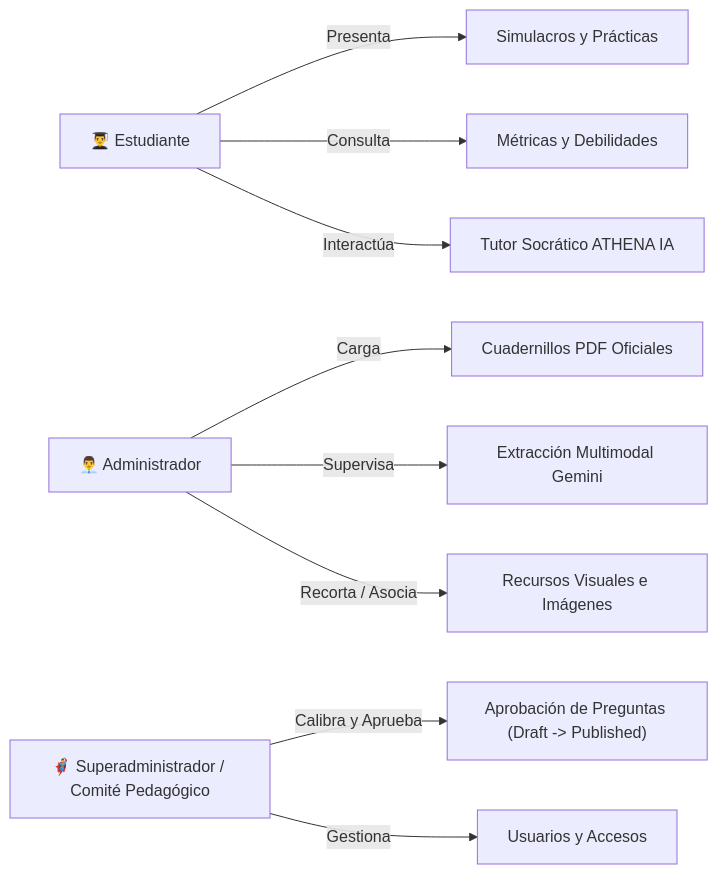
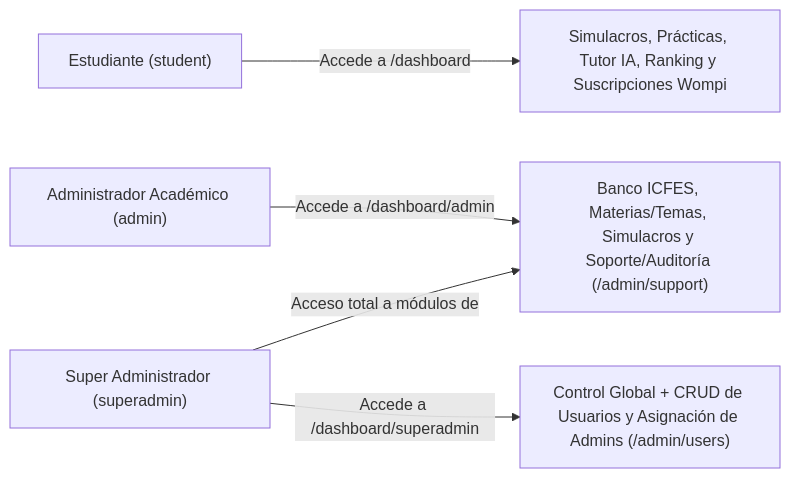
One commit to isabel-viviana/proyecto-ATHENA changed the diagram in DOCUMENTACION_MAESTRA_ATHENA.md. Above: the diagram before and after it, drawn with Mermaid. The commit also changed other lines of this file and 257 other files, not shown here.

````diff
--- a/DOCUMENTACION_MAESTRA_ATHENA.md
+++ b/DOCUMENTACION_MAESTRA_ATHENA.md
@@ -129,17 +130,13 @@
 ```mermaid
 flowchart LR
-    Estudiante["👨‍🎓 Estudiante"]
-    Admin["👨‍💼 Administrador"]
-    SuperAdmin["🦸‍♂️ Superadministrador / Comité Pedagógico"]
+    Student["Estudiante (student)"]
+    Admin["Administrador Académico (admin)"]
+    SuperAdmin["Super Administrador (superadmin)"]
 
-    Estudiante -->|Presenta| Simulacro["Simulacros y Prácticas"]
-    Estudiante -->|Consulta| Stats["Métricas y Debilidades"]
-    Estudiante -->|Interactúa| Tutor["Tutor Socrático ATHENA IA"]
+    Student -->|Accede a /dashboard| StudentApp["Simulacros, Prácticas, Tutor IA, Ranking y Suscripciones Wompi"]
 
-    Admin -->|Carga| PDF["Cuadernillos PDF Oficiales"]
-    Admin -->|Supervisa| Extraction["Extracción Multimodal Gemini"]
-    Admin -->|Recorta / Asocia| Media["Recursos Visuales e Imágenes"]
+    Admin -->|Accede a /dashboard/admin| AdminApp["Banco ICFES, Materias/Temas, Simulacros y Soporte/Auditoría (/admin/support)"]
 
-    SuperAdmin -->|Calibra y Aprueba| Approval["Aprobación de Preguntas (Draft -> Published)"]
-    SuperAdmin -->|Gestiona| Users["Usuarios y Accesos"]
+    SuperAdmin -->|Accede a /dashboard/superadmin| SuperApp["Control Global + CRUD de Usuarios y Asignación de Admins (/admin/users)"]
+    SuperAdmin -->|Acceso total a módulos de| AdminApp
 ```
````
